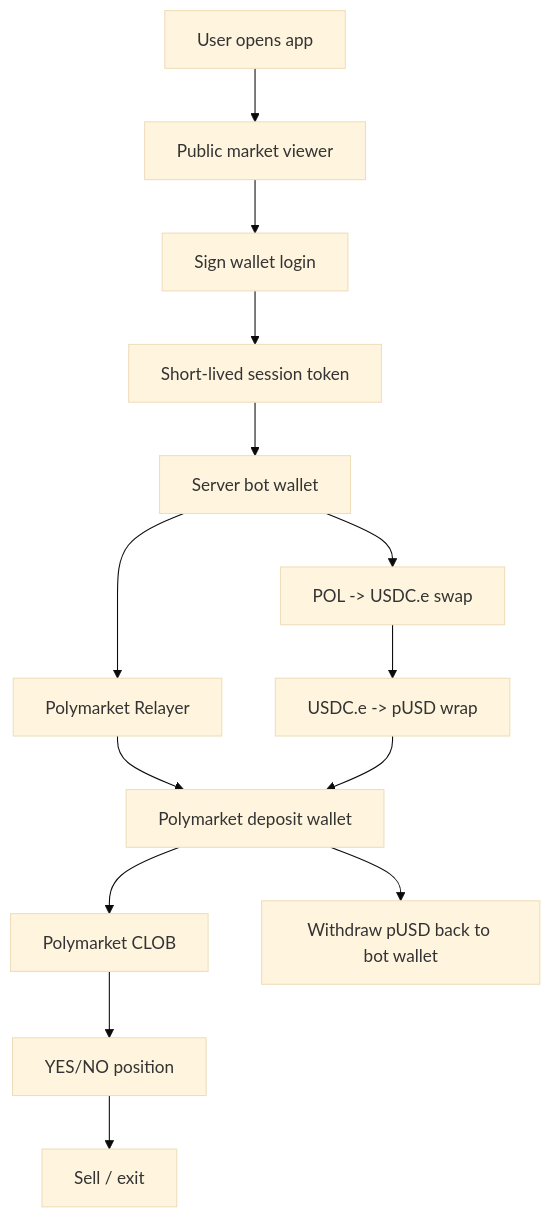
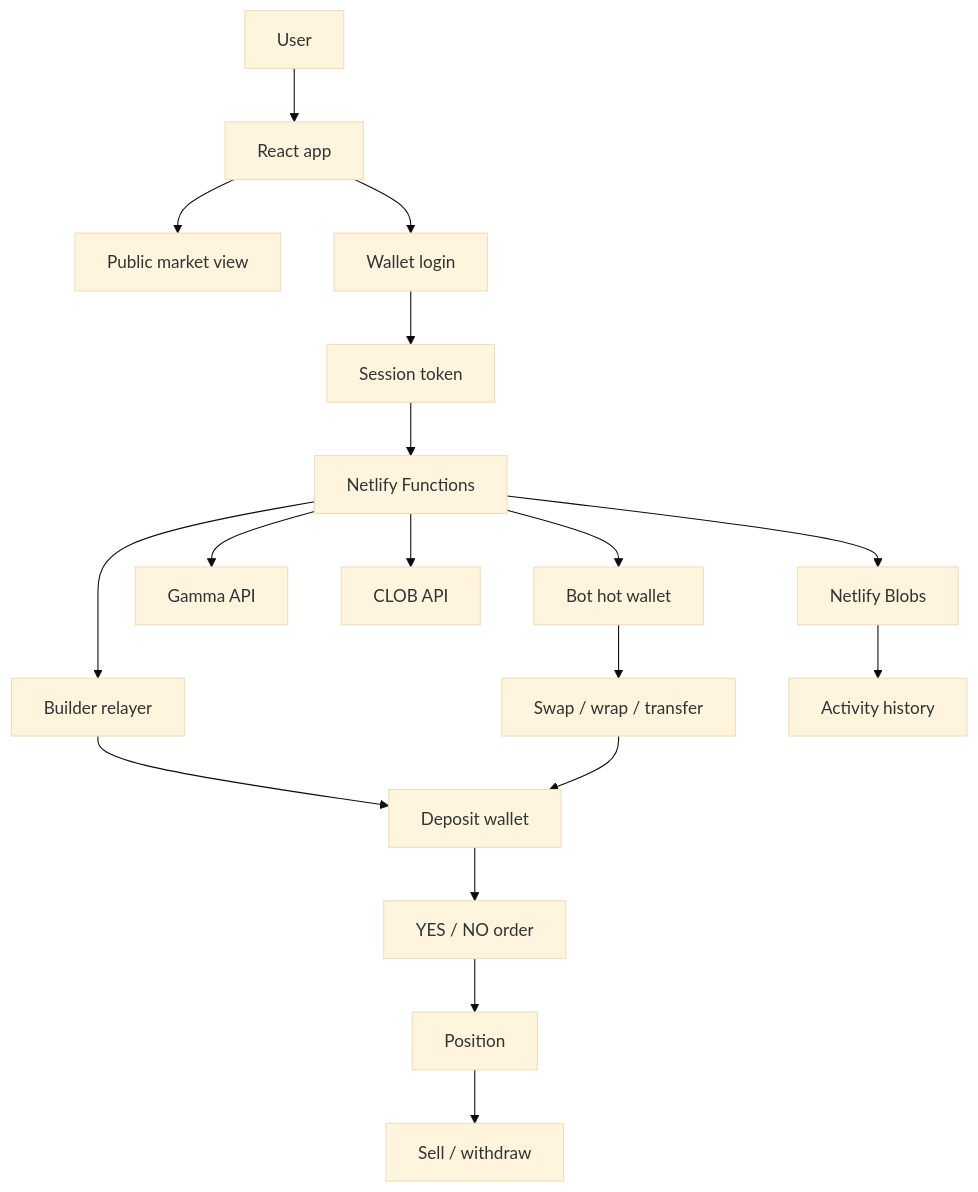
Before and after one commit to alphastack1/POLYMARKET-WIZARD: the second of 11 diagrams in docs/polymarket-wizard-guide.md, drawn with Mermaid (base theme). The commit also changed other lines of this file, not shown here.

Commit message:
Clarify public guide and env cleanup

````diff
--- a/docs/polymarket-wizard-guide.md
+++ b/docs/polymarket-wizard-guide.md
@@ -15,16 +51,22 @@
 ```mermaid
 flowchart TB
-  User["User opens app"] --> View["Public market viewer"]
-  View --> Unlock["Sign wallet login"]
-  Unlock --> Session["Short-lived session token"]
-  Session --> Bot["Server bot wallet"]
-  Bot --> Relayer["Polymarket Relayer"]
-  Relayer --> DepositWallet["Polymarket deposit wallet"]
-  Bot --> Swap["POL -> USDC.e swap"]
-  Swap --> Onramp["USDC.e -> pUSD wrap"]
-  Onramp --> DepositWallet
-  DepositWallet --> CLOB["Polymarket CLOB"]
-  CLOB --> Position["YES/NO position"]
-  Position --> Sell["Sell / exit"]
-  DepositWallet --> Withdraw["Withdraw pUSD back to bot wallet"]
+  User["User"] --> App["React app"]
+  App --> Public["Public market view"]
+  App --> Auth["Wallet login"]
+  Auth --> Token["Session token"]
+  Token --> Fn["Netlify Functions"]
+
+  Fn --> Bot["Bot hot wallet"]
+  Fn --> Gamma["Gamma API"]
+  Fn --> Clob["CLOB API"]
+  Fn --> Relay["Builder relayer"]
+  Fn --> Blobs["Netlify Blobs"]
+
+  Relay --> Deposit["Deposit wallet"]
+  Bot --> Funding["Swap / wrap / transfer"]
+  Funding --> Deposit
+  Deposit --> Order["YES / NO order"]
+  Order --> Position["Position"]
+  Position --> Exit["Sell / withdraw"]
+  Blobs --> Activity["Activity history"]
 ```
````
